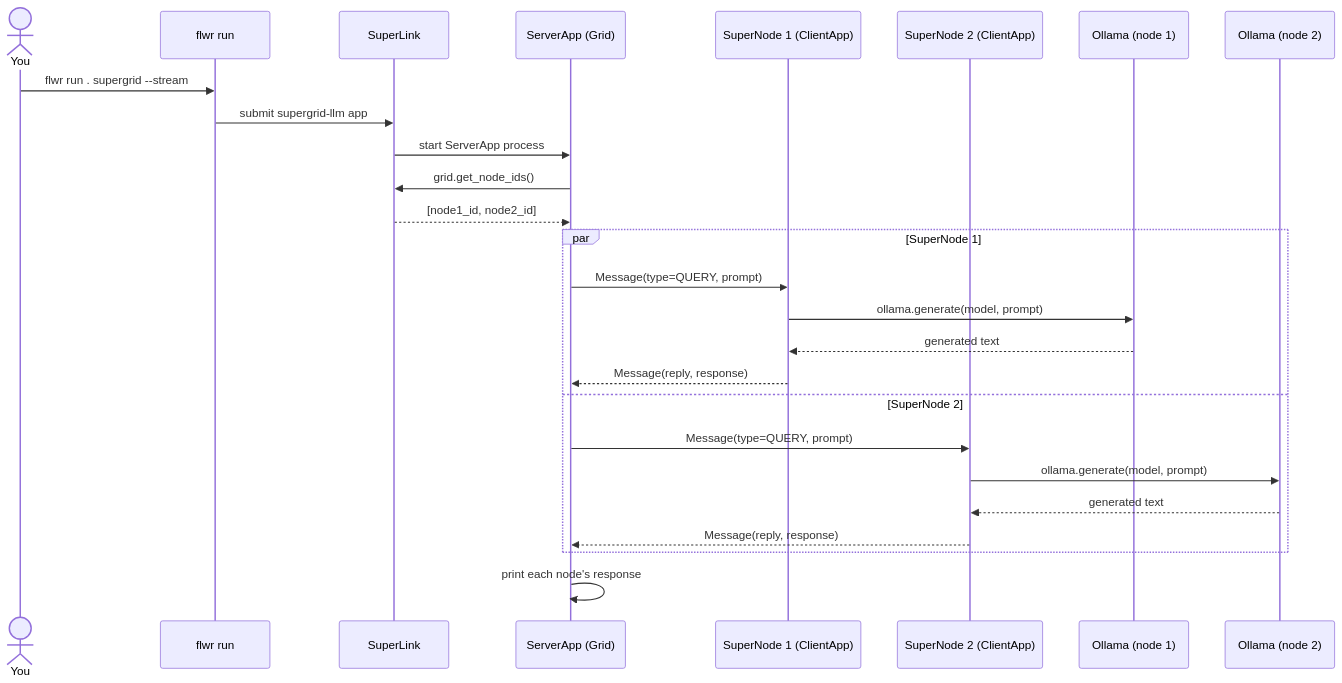
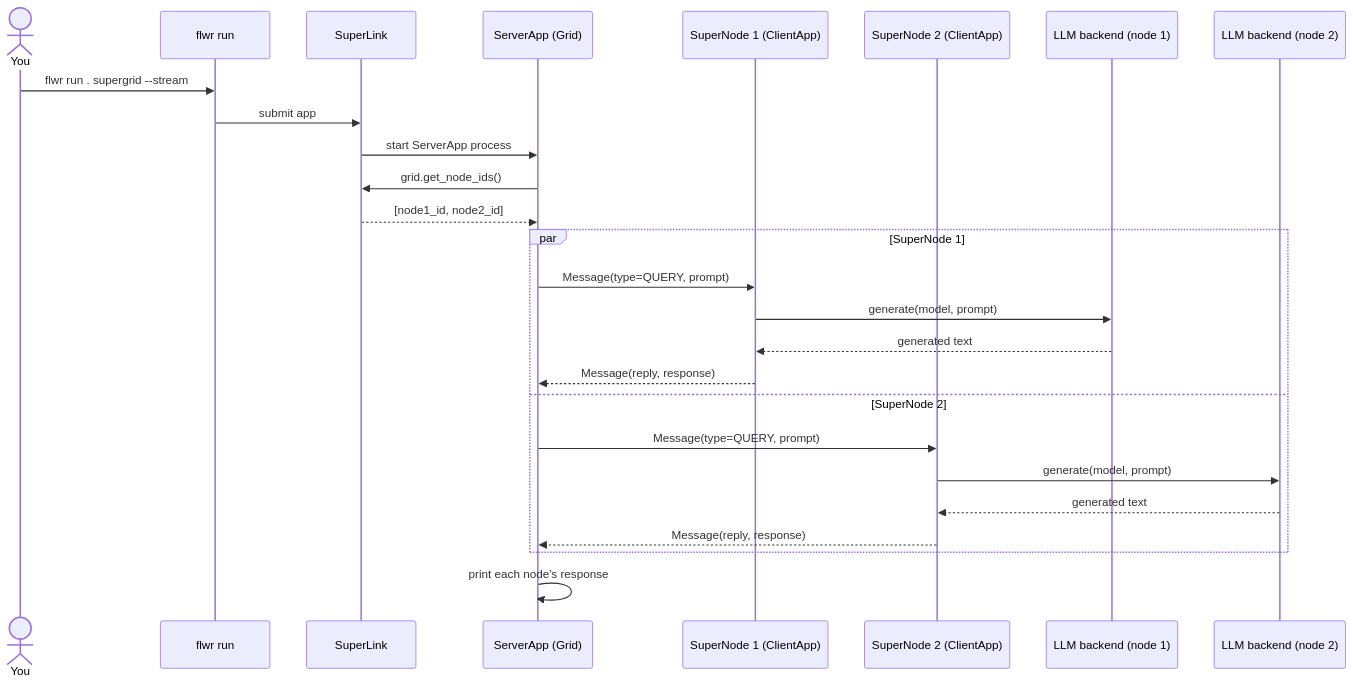
The second of 2 diagrams in README.md (JuanMaParraU/inference_flower_supergrid), drawn with Mermaid before and after one commit. The commit also changed other lines of this file and 2 other files, not shown here.

Commit message:
Make root README backend-agnostic; add ollama README

````diff
--- a/README.md
+++ b/README.md
@@ -56,31 +52,31 @@
 ```mermaid
 sequenceDiagram
     actor You
     participant CLI as flwr run
     participant SL as SuperLink
     participant SA as ServerApp (Grid)
     participant N1 as SuperNode 1 (ClientApp)
     participant N2 as SuperNode 2 (ClientApp)
-    participant O1 as Ollama (node 1)
-    participant O2 as Ollama (node 2)
+    participant B1 as LLM backend (node 1)
+    participant B2 as LLM backend (node 2)
 
     You->>CLI: flwr run . supergrid --stream
-    CLI->>SL: submit supergrid-llm app
+    CLI->>SL: submit app
     SL->>SA: start ServerApp process
     SA->>SL: grid.get_node_ids()
     SL-->>SA: [node1_id, node2_id]
 
     par SuperNode 1
         SA->>N1: Message(type=QUERY, prompt)
-        N1->>O1: ollama.generate(model, prompt)
-        O1-->>N1: generated text
+        N1->>B1: generate(model, prompt)
+        B1-->>N1: generated text
         N1-->>SA: Message(reply, response)
     and SuperNode 2
         SA->>N2: Message(type=QUERY, prompt)
-        N2->>O2: ollama.generate(model, prompt)
-        O2-->>N2: generated text
+        N2->>B2: generate(model, prompt)
+        B2-->>N2: generated text
         N2-->>SA: Message(reply, response)
     end
 
     SA->>SA: print each node's response
 ```
````
